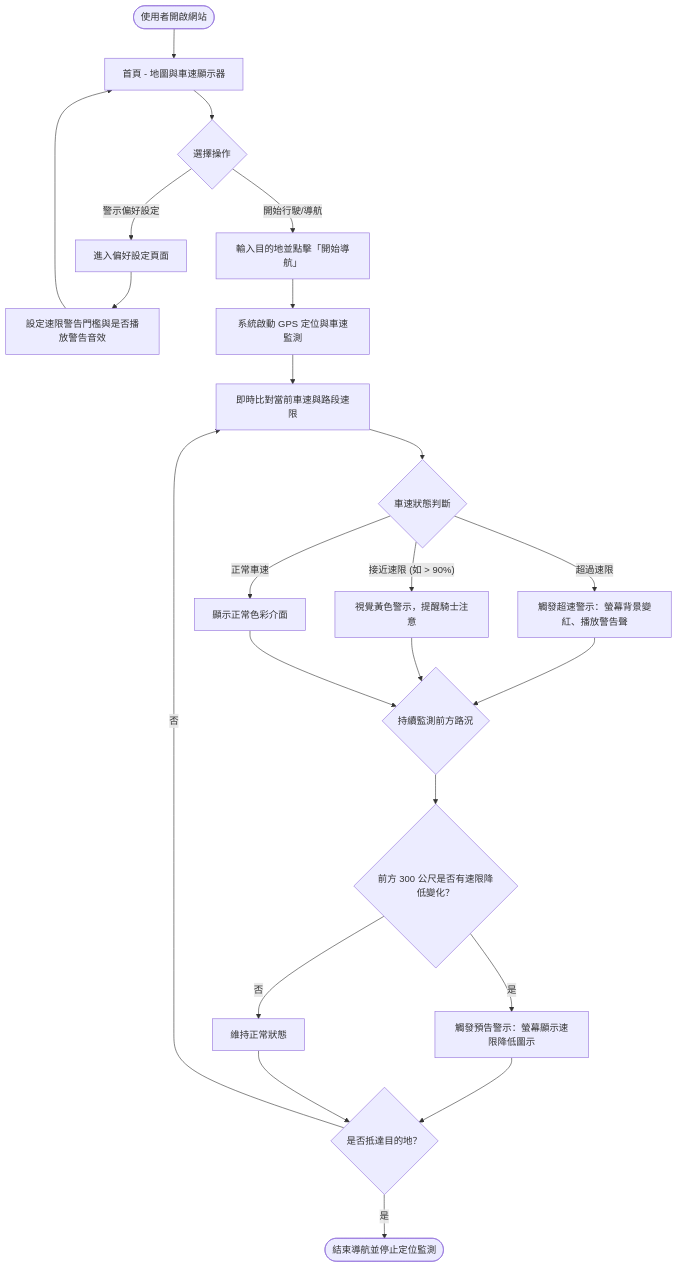
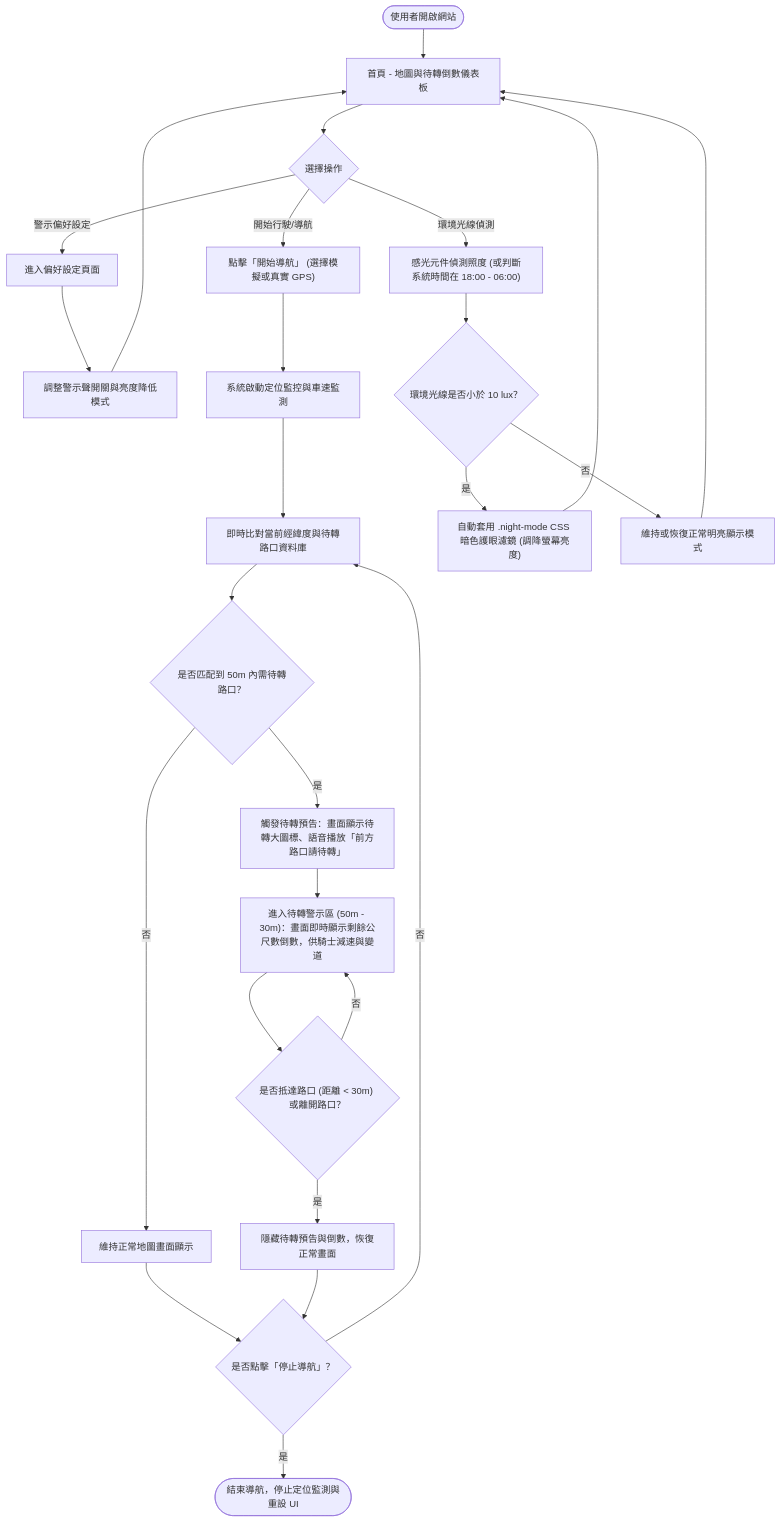
The first of 2 diagrams in docs/FLOWCHART.md (tela1111222-spec/googlemaps), drawn with Mermaid before and after one commit. The commit also changed other lines of this file, not shown here.

Commit message:
docs: add user flowchart

````diff
--- a/docs/FLOWCHART.md
+++ b/docs/FLOWCHART.md
@@ -7,33 +7,35 @@
 ```mermaid
 flowchart TD
-    A(["使用者開啟網站"]) --> B["首頁 - 地圖與車速顯示器"]
+    A(["使用者開啟網站"]) --> B["首頁 - 地圖與待轉倒數儀表板"]
     
     B --> C{"選擇操作"}
     
     C -->|"警示偏好設定"| D["進入偏好設定頁面"]
-    D --> E["設定速限警告門檻與是否播放警告音效"]
+    D --> E["調整警示聲開關與亮度降低模式"]
     E --> B
     
-    C -->|"開始行駛/導航"| F["輸入目的地並點擊「開始導航」"]
-    F --> G["系統啟動 GPS 定位與車速監測"]
-    G --> H["即時比對當前車速與路段速限"]
+    C -->|"開始行駛/導航"| F["點擊「開始導航」 (選擇模擬或真實 GPS)"]
+    F --> G["系統啟動定位監控與車速監測"]
+    G --> H["即時比對當前經緯度與待轉路口資料庫"]
     
-    H --> I{"車速狀態判斷"}
-    I -->|"超過速限"| J["觸發超速警示：螢幕背景變紅、播放警告聲"]
-    I -->|"接近速限 (如 > 90%)"| K["視覺黃色警示，提醒騎士注意"]
-    I -->|"正常車速"| L["顯示正常色彩介面"]
+    H --> I{"是否匹配到 50m 內需待轉路口？"}
+    I -->|"是"| J["觸發待轉預告：畫面顯示待轉大圖標、語音播放「前方路口請待轉」"]
+    J --> K["進入待轉警示區 (50m - 30m)：畫面即時顯示剩餘公尺數倒數，供騎士減速與變道"]
+    I -->|"否"| L["維持正常地圖畫面顯示"]
     
-    J --> M{"持續監測前方路況"}
-    K --> M
-    L --> M
+    K --> M{"是否抵達路口 (距離 < 30m) 或離開路口？"}
+    M -->|"是"| N["隱藏待轉預告與倒數，恢復正常畫面"]
+    M -->|"否"| K
     
-    M --> N{"前方 300 公尺是否有速限降低變化？"}
-    N -->|"是"| O["觸發預告警示：螢幕顯示速限降低圖示"]
-    N -->|"否"| P["維持正常狀態"]
+    L --> O{"是否點擊「停止導航」？"}
+    N --> O
+    O -->|"是"| P(["結束導航，停止定位監測與重設 UI"])
+    O -->|"否"| H
     
-    O --> Q{"是否抵達目的地？"}
-    P --> Q
-    
-    Q -->|"否"| H
-    Q -->|"是"| R(["結束導航並停止定位監測"])
+    C -->|"環境光線偵測"| Q["感光元件偵測照度 (或判斷系統時間在 18:00 - 06:00)"]
+    Q --> R{"環境光線是否小於 10 lux？"}
+    R -->|"是"| S["自動套用 .night-mode CSS 暗色護眼濾鏡 (調降螢幕亮度)"]
+    R -->|"否"| T["維持或恢復正常明亮顯示模式"]
+    S --> B
+    T --> B
 ```
````
